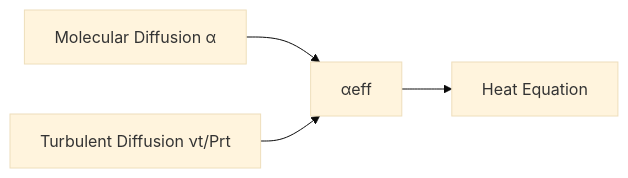
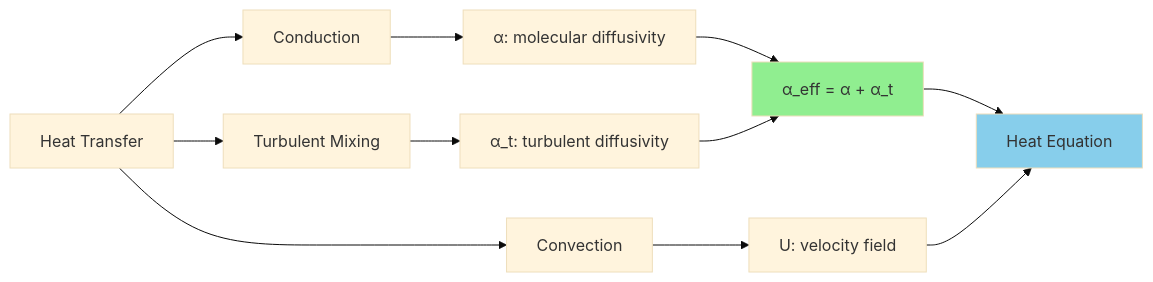
Before and after one commit to wramet/build-my-cfd: the diagram in MODULE_10_CFD_ENGINE_DEVELOPMENT/CONTENT/04_CAPSTONE_PROJECT/03_Phase3_Turbulence_Model.md, drawn with Mermaid (base theme). The commit also changed other lines of this file and 203 other files, not shown here.

````diff
--- a/MODULE_10_CFD_ENGINE_DEVELOPMENT/CONTENT/04_CAPSTONE_PROJECT/03_Phase3_Turbulence_Model.md
+++ b/MODULE_10_CFD_ENGINE_DEVELOPMENT/CONTENT/04_CAPSTONE_PROJECT/03_Phase3_Turbulence_Model.md
@@ -593,6 +1031,19 @@
 ```mermaid
 flowchart LR
-    A[Molecular Diffusion α] --> C[αeff]
-    B[Turbulent Diffusion νt/Prt] --> C
-    C --> D[Heat Equation]
+    A[Heat Transfer] --> B[Conduction]
+    A --> C[Convection]
+    A --> D[Turbulent Mixing]
+    
+    B --> E[α: molecular diffusivity]
+    C --> F[U: velocity field]
+    D --> G[α_t: turbulent diffusivity]
+    
+    E --> H[α_eff = α + α_t]
+    G --> H
+    
+    H --> I[Heat Equation]
+    F --> I
+    
+    style H fill:#90EE90
+    style I fill:#87CEEB
 ```
````
